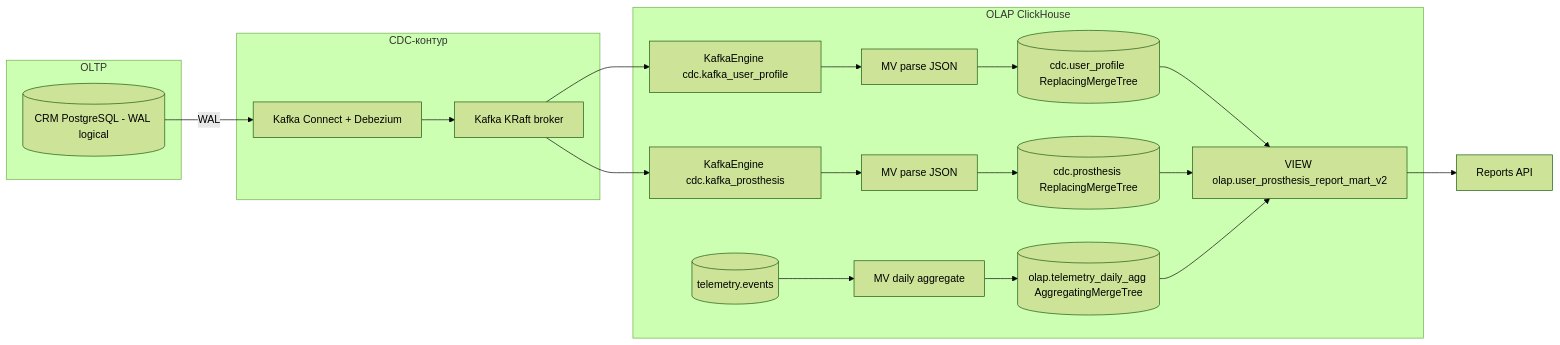
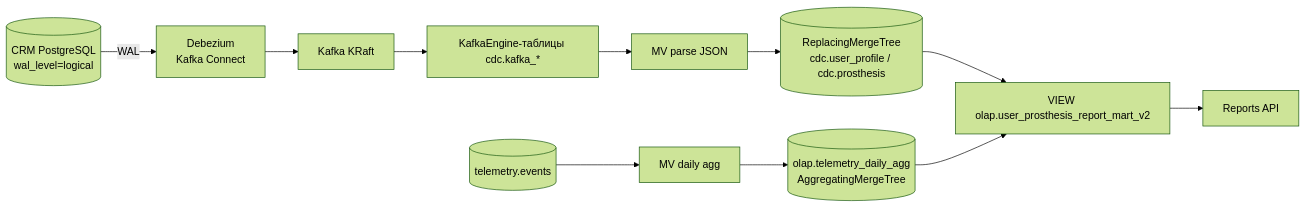
Before and after one commit to lunaticenslaved/architecture-bionicpro: the diagram in Task4/README.md, drawn with Mermaid (forest theme). The commit also changed other lines of this file and 6 other files, not shown here.

````diff
--- a/Task4/README.md
+++ b/Task4/README.md
@@ -12,32 +11,8 @@
 ```mermaid
 graph LR
-    subgraph OLTP
-        PG[(CRM PostgreSQL - WAL logical)]
-    end
-    subgraph CDC-контур
-        DBZ[Kafka Connect + Debezium]
-        K[Kafka KRaft broker]
-    end
-    subgraph OLAP ClickHouse
-        KE1[KafkaEngine cdc.kafka_user_profile]
-        KE2[KafkaEngine cdc.kafka_prosthesis]
-        MV1[MV parse JSON]
-        MV2[MV parse JSON]
-        D1[(cdc.user_profile ReplacingMergeTree)]
-        D2[(cdc.prosthesis ReplacingMergeTree)]
-        TEL[(telemetry.events)]
-        MV3[MV daily aggregate]
-        AGG[(olap.telemetry_daily_agg AggregatingMergeTree)]
-        V[VIEW olap.user_prosthesis_report_mart_v2]
-    end
-    R[Reports API]
-
-    PG -- WAL --> DBZ --> K
-    K --> KE1 --> MV1 --> D1
-    K --> KE2 --> MV2 --> D2
-    TEL --> MV3 --> AGG
-    D1 --> V
-    D2 --> V
-    AGG --> V
-    V --> R
+    PG[(CRM PostgreSQL<br/>wal_level=logical)] -- WAL --> DBZ[Debezium<br/>Kafka Connect] --> K[Kafka KRaft]
+    K --> KE[KafkaEngine-таблицы cdc.kafka_*] --> MV[MV parse JSON] --> D[(ReplacingMergeTree<br/>cdc.user_profile / cdc.prosthesis)]
+    TEL[(telemetry.events)] --> MVA[MV daily agg] --> AGG[(olap.telemetry_daily_agg<br/>AggregatingMergeTree)]
+    D --> V[VIEW olap.user_prosthesis_report_mart_v2]
+    AGG --> V --> R[Reports API]
 ```
````
